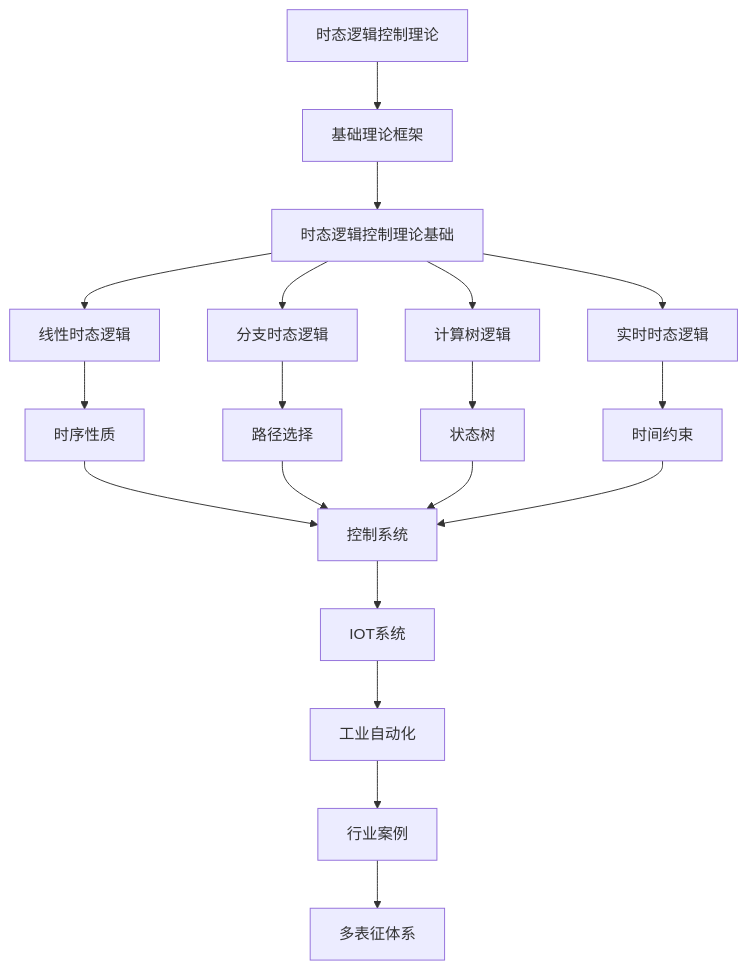
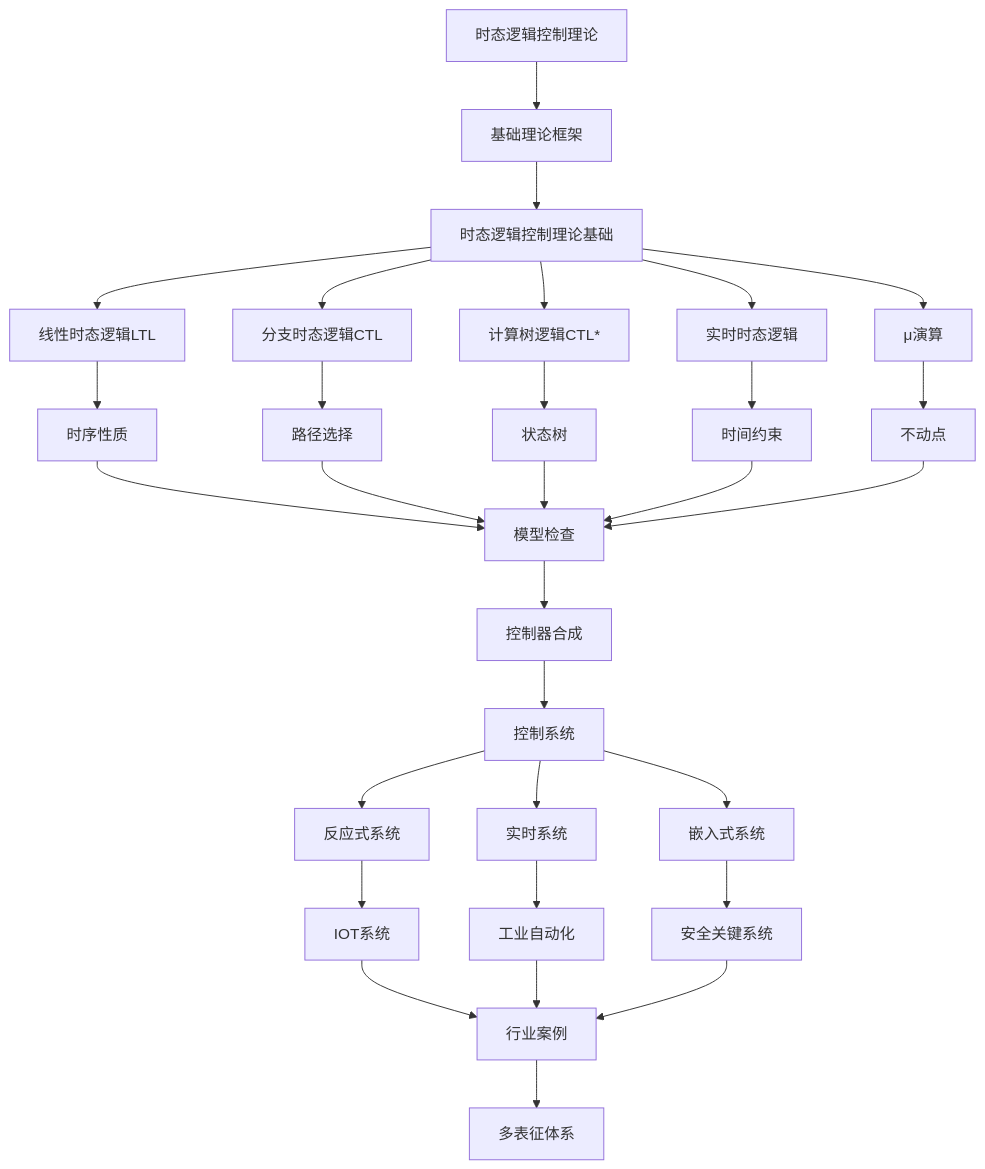
Before and after one commit to AdaMartin18010/Data-Science: the diagram in Analysis/2-形式科学理论/2.4-时态逻辑控制理论/README.md, drawn with Mermaid. The commit also changed other lines of this file and 40 other files, not shown here.

````diff
--- a/Analysis/2-形式科学理论/2.4-时态逻辑控制理论/README.md
+++ b/Analysis/2-形式科学理论/2.4-时态逻辑控制理论/README.md
@@ -21,18 +267,30 @@
 ```mermaid
 flowchart TD
   A[时态逻辑控制理论] --> B[基础理论框架]
   B --> C[时态逻辑控制理论基础]
-  C --> D[线性时态逻辑]
-  C --> E[分支时态逻辑]
-  C --> F[计算树逻辑]
+  C --> D[线性时态逻辑LTL]
+  C --> E[分支时态逻辑CTL]
+  C --> F[计算树逻辑CTL*]
   C --> G[实时时态逻辑]
-  D --> H[时序性质]
-  E --> I[路径选择]
-  F --> J[状态树]
-  G --> K[时间约束]
-  H & I & J & K --> L[控制系统]
-  L --> M[IOT系统]
-  M --> N[工业自动化]
-  N --> O[行业案例]
-  O --> P[多表征体系]
+  C --> H[μ演算]
+
+  D --> I[时序性质]
+  E --> J[路径选择]
+  F --> K[状态树]
+  G --> L[时间约束]
+  H --> M[不动点]
+
+  I & J & K & L & M --> N[模型检查]
+  N --> O[控制器合成]
+  O --> P[控制系统]
+  P --> Q[反应式系统]
+  P --> R[实时系统]
+  P --> S[嵌入式系统]
+
+  Q --> T[IOT系统]
+  R --> U[工业自动化]
+  S --> V[安全关键系统]
+
+  T & U & V --> W[行业案例]
+  W --> X[多表征体系]
 ```
````
